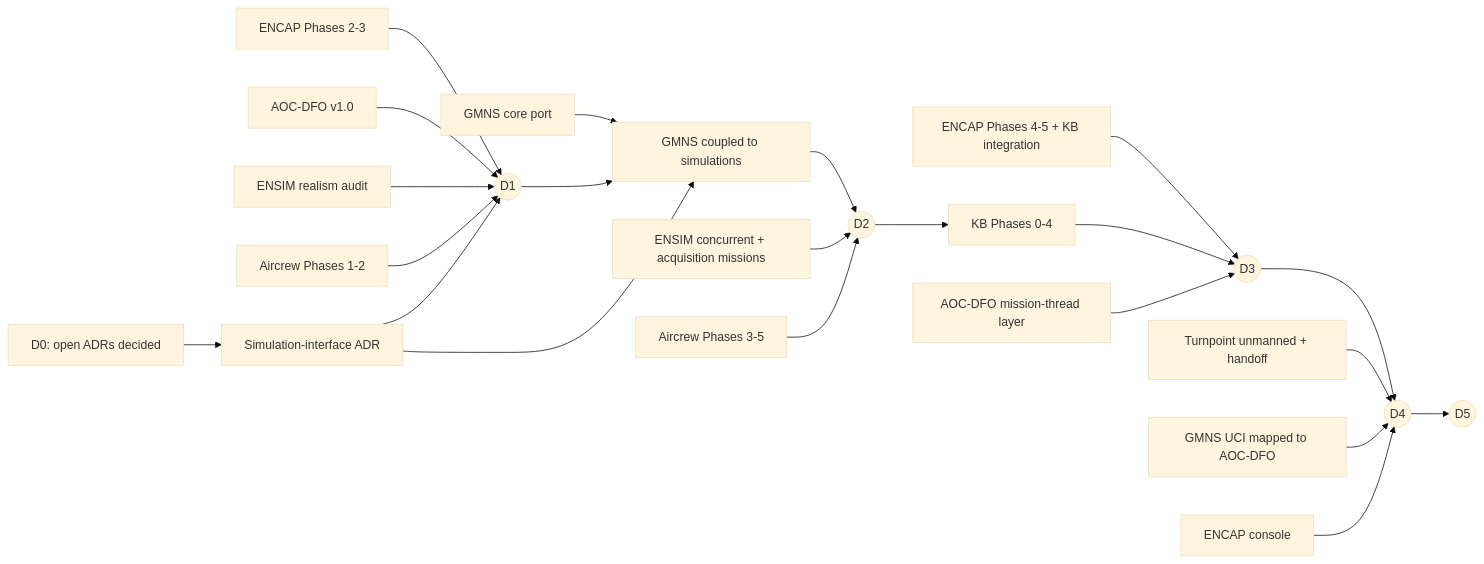
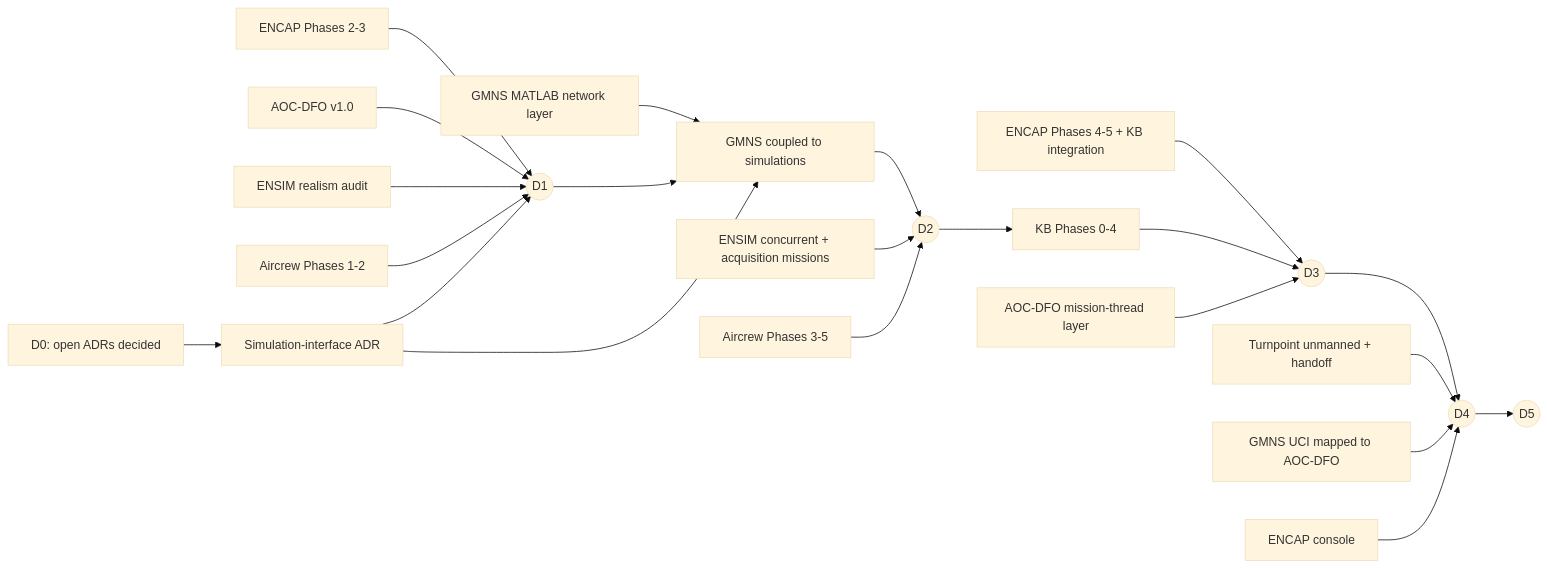
The second of 2 diagrams in docs/integrated-plan.md (semanticarchitectures/acquisition-knowledge-system), drawn with Mermaid (base theme) before and after one commit. The commit also changed other lines of this file and 5 other files, not shown here.

````diff
--- a/docs/integrated-plan.md
+++ b/docs/integrated-plan.md
@@ -131,24 +131,24 @@
 ```mermaid
 flowchart LR
   ADR[D0: open ADRs decided] --> SIM[Simulation-interface ADR]
   EC3[ENCAP Phases 2-3] --> D1((D1))
   AO1[AOC-DFO v1.0] --> D1
   EN0[ENSIM realism audit] --> D1
   AL2[Aircrew Phases 1-2] --> D1
   SIM --> D1
-  GP[GMNS core port] --> GMC[GMNS coupled to simulations]
+  GP[GMNS MATLAB network layer] --> GMC[GMNS coupled to simulations]
   D1 --> GMC
   SIM --> GMC
   GMC --> D2((D2))
   EN3[ENSIM concurrent + acquisition missions] --> D2
   AL5[Aircrew Phases 3-5] --> D2
   D2 --> KB[KB Phases 0-4]
   ENC[ENCAP Phases 4-5 + KB integration] --> D3((D3))
   KB --> D3
   AO9[AOC-DFO mission-thread layer] --> D3
   D3 --> D4((D4))
   TP[Turnpoint unmanned + handoff] --> D4
   UCI[GMNS UCI mapped to AOC-DFO] --> D4
   EC6[ENCAP console] --> D4
   D4 --> D5((D5))
 ```
````
